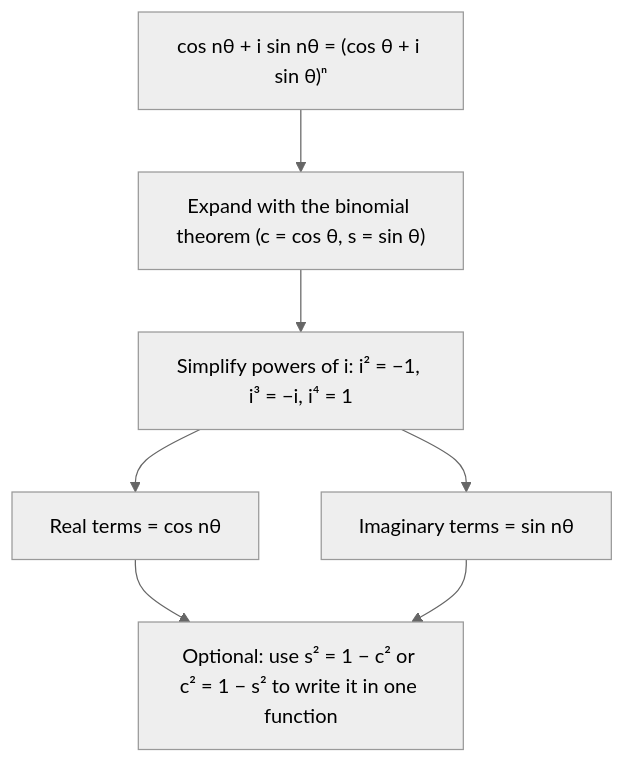
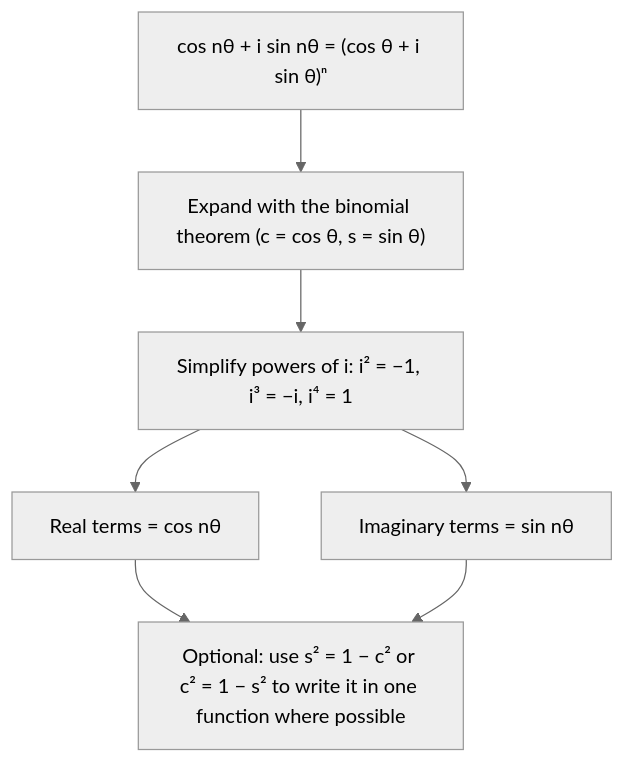
One commit to Aziliz/erudior changed the diagram in content/math/trigonometry/lessons/39h3-roots-of-unity.md. Above: the diagram before and after it, drawn with Mermaid (neutral theme). The commit also changed other lines of this file and 8 other files, not shown here.

````diff
--- a/content/math/trigonometry/lessons/39h3-roots-of-unity.md
+++ b/content/math/trigonometry/lessons/39h3-roots-of-unity.md
@@ -19,11 +19,11 @@
 ```mermaid
 flowchart TD
   accTitle: Deriving multiple-angle identities from De Moivre's theorem
-  accDescr: Write cos n theta plus i sin n theta as cos theta plus i sin theta to the nth power. Expand the power with the binomial theorem, writing c for cos theta and s for sin theta. Replace powers of i using i squared equals negative 1. Collect the real terms, which equal cos n theta, and the imaginary terms, which equal sin n theta. If you want the formula in one function only, replace s squared with 1 minus c squared or c squared with 1 minus s squared.
+  accDescr: Write cos n theta plus i sin n theta as cos theta plus i sin theta to the nth power. Expand the power with the binomial theorem, writing c for cos theta and s for sin theta. Replace powers of i using i squared equals negative 1. Collect the real terms, which equal cos n theta, and the imaginary terms, which equal sin n theta. If you want the formula in one function only, replace s squared with 1 minus c squared or c squared with 1 minus s squared, where that is possible.
   A["cos nθ + i sin nθ = (cos θ + i sin θ)ⁿ"] --> B["Expand with the binomial theorem (c = cos θ, s = sin θ)"]
   B --> C["Simplify powers of i: i² = −1, i³ = −i, i⁴ = 1"]
   C --> D["Real terms = cos nθ"]
   C --> E["Imaginary terms = sin nθ"]
-  D --> F["Optional: use s² = 1 − c² or c² = 1 − s² to write it in one function"]
+  D --> F["Optional: use s² = 1 − c² or c² = 1 − s² to write it in one function where possible"]
   E --> F
 ```
````
